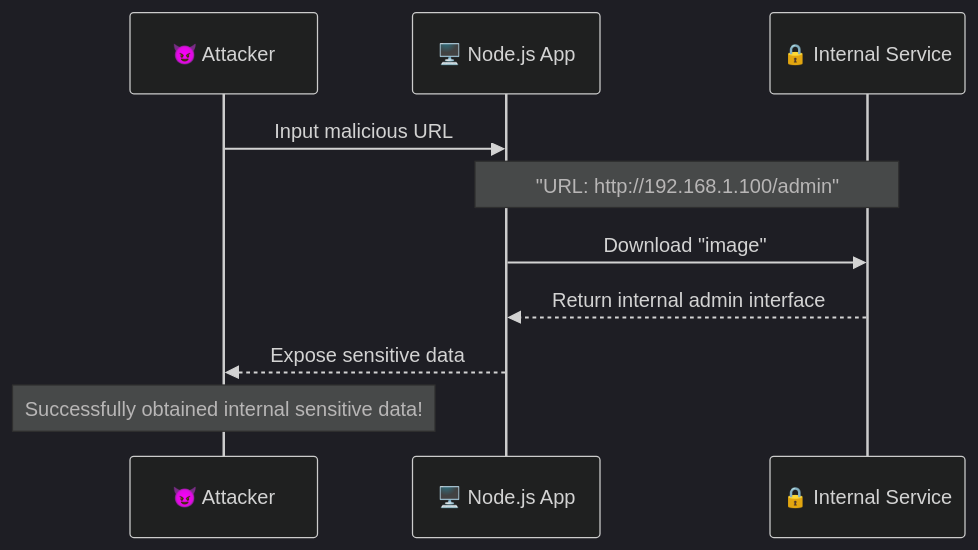
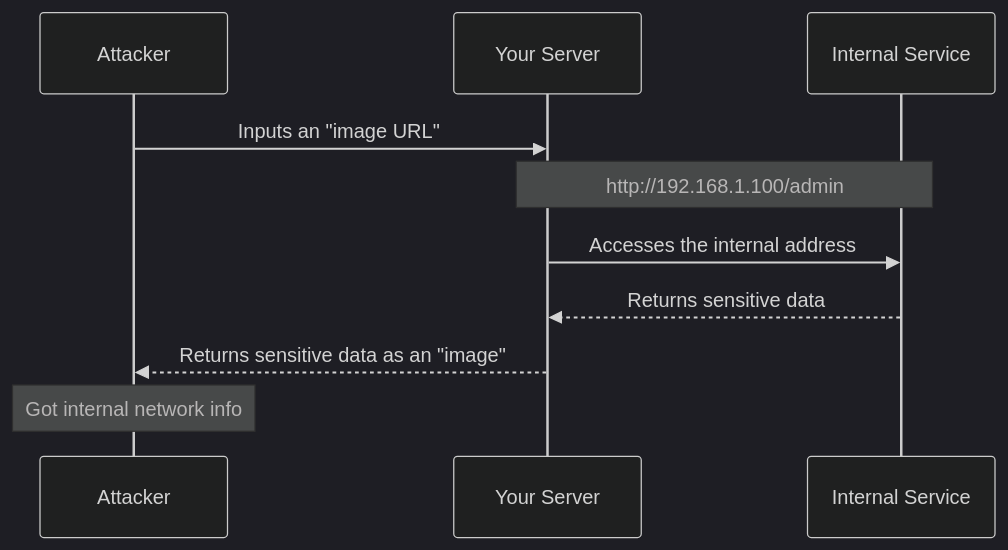
The fourth of 5 diagrams in articles/en/nodejs-security-guide.mdx (zhangshichuan/maxzhang.site), drawn with Mermaid (dark theme) before and after one commit. The commit also changed other lines of this file and 49 other files, not shown here.

````diff
--- a/articles/en/nodejs-security-guide.mdx
+++ b/articles/en/nodejs-security-guide.mdx
@@ -586,13 +450,13 @@
 ```mermaid
 sequenceDiagram
-    participant Attacker as 😈 Attacker
-    participant App as 🖥️ Node.js App
-    participant Internal as 🔒 Internal Service
+    participant Attacker as Attacker
+    participant Server as Your Server
+    participant Internal as Internal Service
 
-    Attacker->>App: Input malicious URL
-    Note over App,Internal: "URL: http://192.168.1.100/admin"
-    App->>Internal: Download "image"
-    Internal-->>App: Return internal admin interface
-    App-->>Attacker: Expose sensitive data
-    Note over Attacker: Successfully obtained internal sensitive data!
+    Attacker->>Server: Inputs an "image URL"
+    Note over Server,Internal: http://192.168.1.100/admin
+    Server->>Internal: Accesses the internal address
+    Internal-->>Server: Returns sensitive data
+    Server-->>Attacker: Returns sensitive data as an "image"
+    Note over Attacker: Got internal network info
 ```
````
